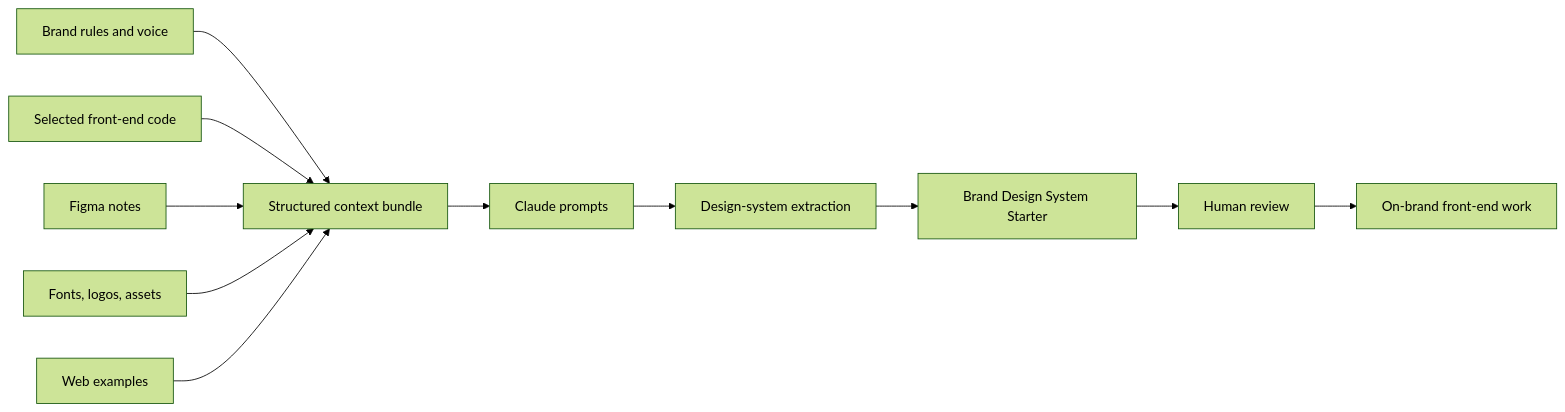
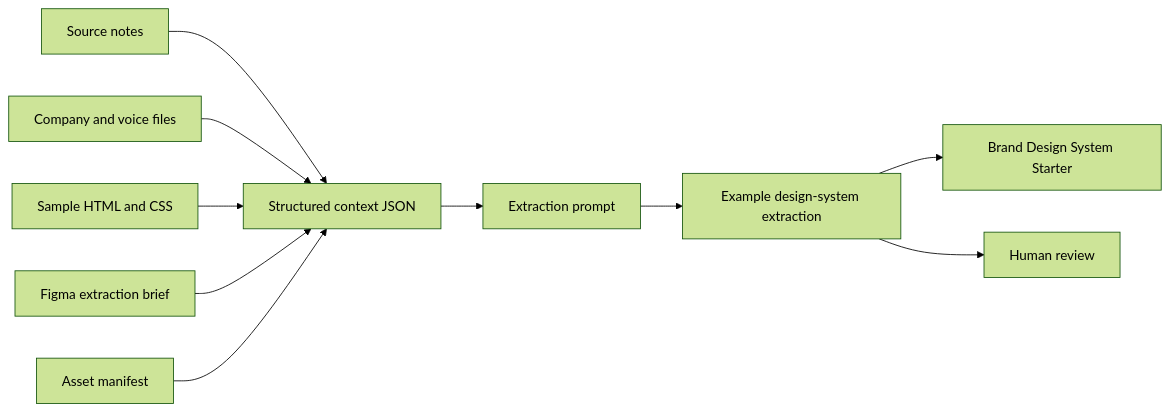
Before and after one commit to silvermanjared-web/brand-context-system: the diagram in README.md, drawn with Mermaid (forest theme). The commit also changed other lines of this file, not shown here.

Commit message:
Turn README into working context system guide

````diff
--- a/README.md
+++ b/README.md
@@ -27,13 +29,12 @@
 ```mermaid
 flowchart LR
-    Brand[Brand rules and voice] --> Context[Structured context bundle]
-    Code[Selected front-end code] --> Context
-    Figma[Figma notes] --> Context
-    Assets[Fonts, logos, assets] --> Context
-    Examples[Web examples] --> Context
-    Context --> Prompts[Claude prompts]
-    Prompts --> Output[Design-system extraction]
+    SourceDocs[Source notes] --> Context[Structured context JSON]
+    Company[Company and voice files] --> Context
+    Code[Sample HTML and CSS] --> Context
+    Figma[Figma extraction brief] --> Context
+    Assets[Asset manifest] --> Context
+    Context --> Prompt[Extraction prompt]
+    Prompt --> Output[Example design-system extraction]
     Output --> Starter[Brand Design System Starter]
-    Starter --> Review[Human review]
-    Review --> Build[On-brand front-end work]
+    Output --> Review[Human review]
 ```
````
